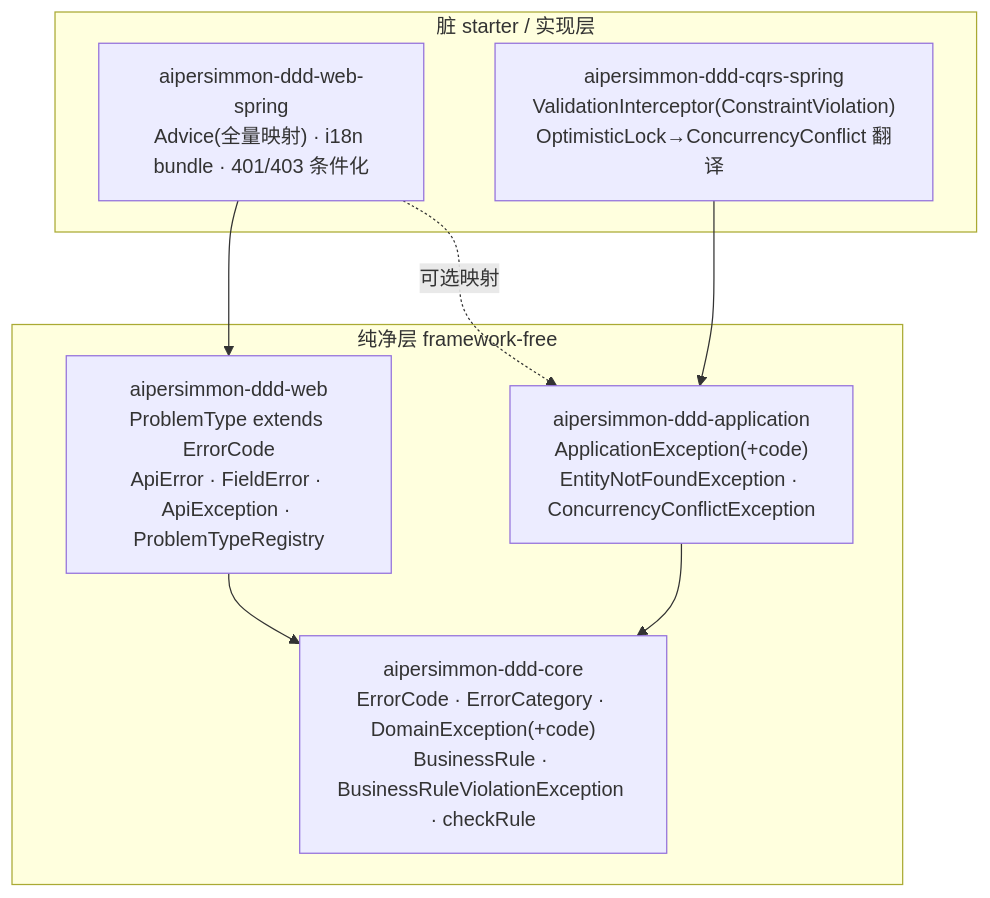
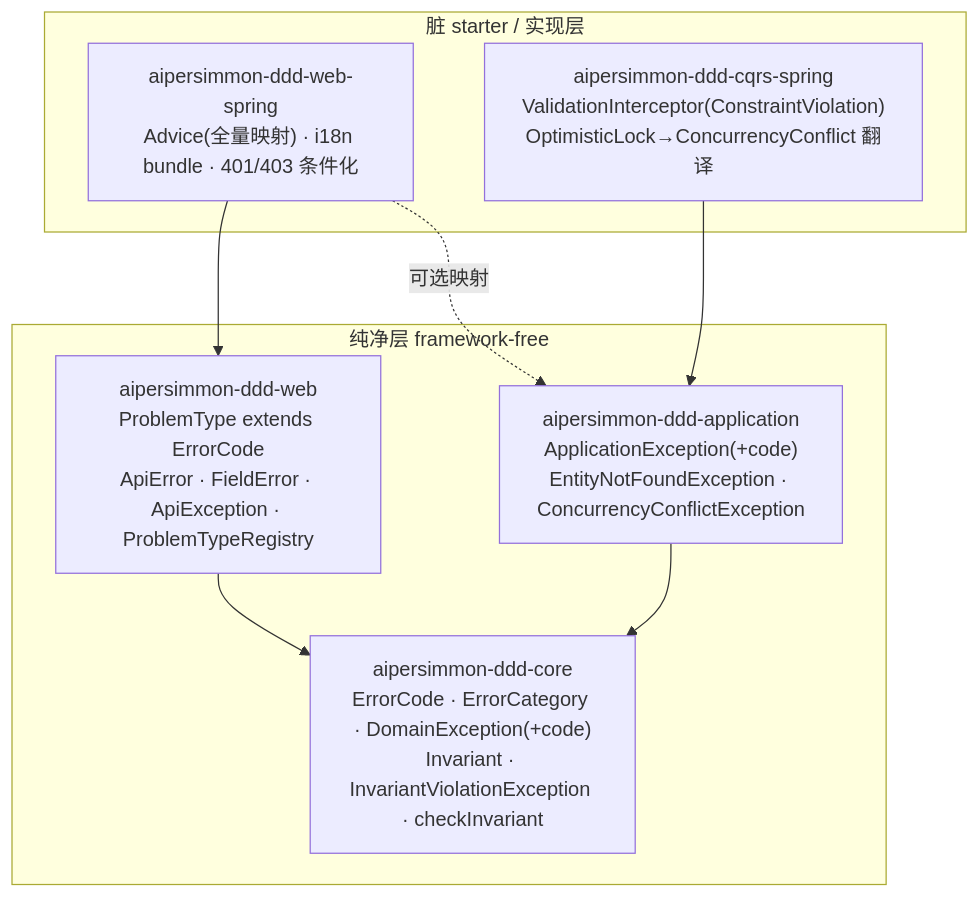
Before and after one commit to ryan-alexander-zhang/ai-native-project-template: the first of 3 diagrams in docs/design/design-00003-exception-model.md, drawn with Mermaid. The commit also changed other lines of this file and 7 other files, not shown here.

````diff
--- a/docs/design/design-00003-exception-model.md
+++ b/docs/design/design-00003-exception-model.md
@@ -43,18 +43,18 @@
 ```mermaid
 flowchart TD
   subgraph pure["纯净层 framework-free"]
-    core["aipersimmon-ddd-core<br/>ErrorCode · ErrorCategory · DomainException(+code)<br/>BusinessRule · BusinessRuleViolationException · checkRule"]
+    core["aipersimmon-ddd-core<br/>ErrorCode · ErrorCategory · DomainException(+code)<br/>Invariant · InvariantViolationException · checkInvariant"]
     app["aipersimmon-ddd-application<br/>ApplicationException(+code)<br/>EntityNotFoundException · ConcurrencyConflictException"]
     web["aipersimmon-ddd-web<br/>ProblemType extends ErrorCode<br/>ApiError · FieldError · ApiException · ProblemTypeRegistry"]
   end
   subgraph dirty["脏 starter / 实现层"]
     webspring["aipersimmon-ddd-web-spring<br/>Advice(全量映射) · i18n bundle · 401/403 条件化"]
     cqrsspring["aipersimmon-ddd-cqrs-spring<br/>ValidationInterceptor(ConstraintViolation)<br/>OptimisticLock→ConcurrencyConflict 翻译"]
   end
 
   app --> core
   web --> core
   webspring --> web
   webspring -. 可选映射 .-> app
   cqrsspring --> app
 ```
````
